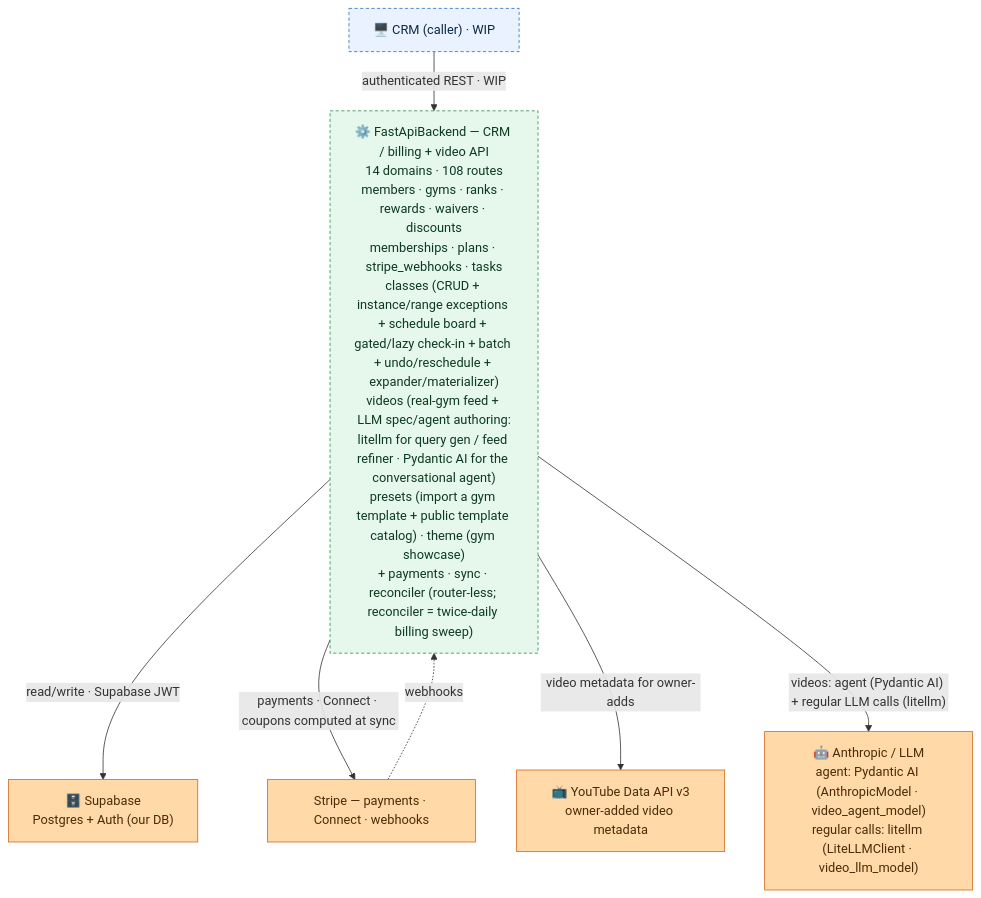
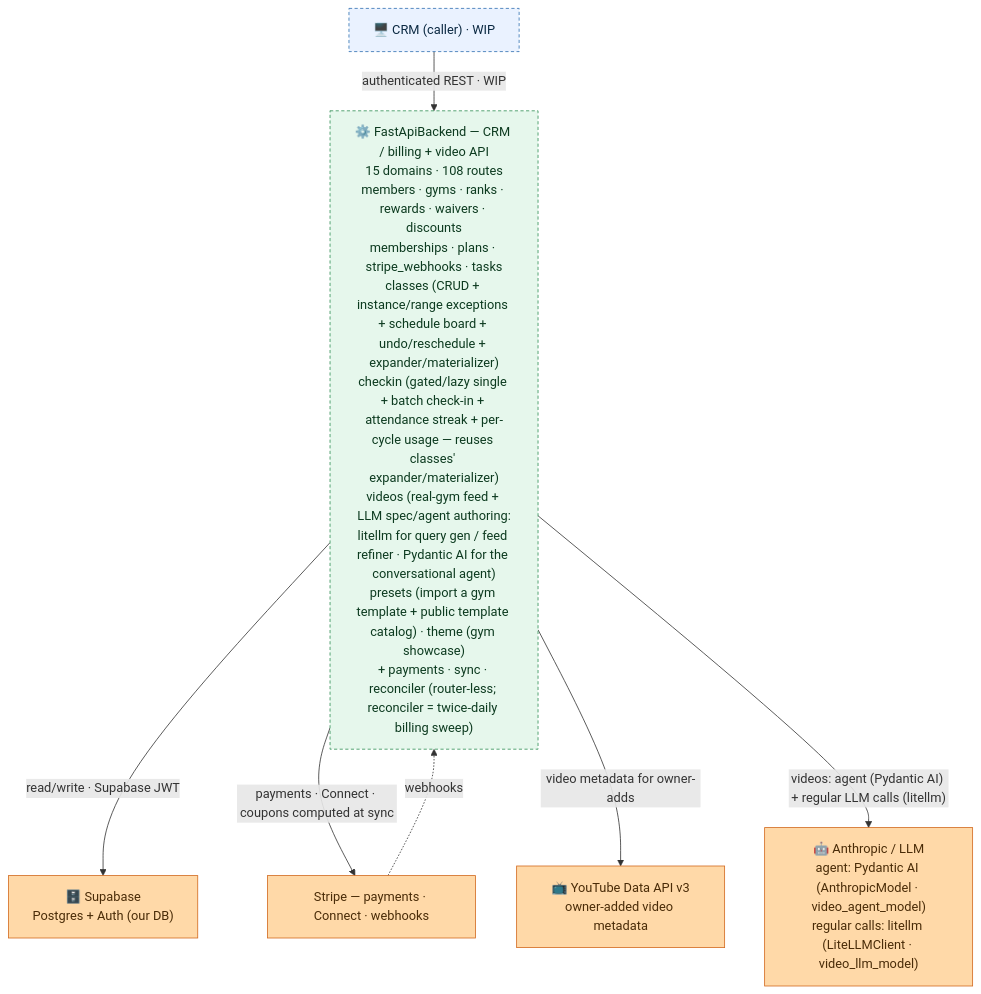
Before and after one commit to jesse51002/CombatDen: the diagram in FastApiBackend/README.md, drawn with Mermaid. The commit also changed other lines of this file and 34 other files, not shown here.

First line of the commit message:
Extract src/checkin domain from src/classes (/api/v1/checkin routes)

````diff
--- a/FastApiBackend/README.md
+++ b/FastApiBackend/README.md
@@ -16,23 +16,23 @@
 ```mermaid
 flowchart TB
   CRM["🖥️ CRM (caller) · WIP"]
-  FB["⚙️ FastApiBackend — CRM / billing + video API<br/>14 domains · 108 routes<br/>members · gyms · ranks · rewards · waivers · discounts<br/>memberships · plans · stripe_webhooks · tasks<br/>classes (CRUD + instance/range exceptions + schedule board + gated/lazy check-in + batch + undo/reschedule + expander/materializer)<br/>videos (real-gym feed + LLM spec/agent authoring:<br/>litellm for query gen / feed refiner · Pydantic AI for the conversational agent)<br/>presets (import a gym template + public template catalog) · theme (gym showcase)<br/>+ payments · sync · reconciler (router-less; reconciler = twice-daily billing sweep)"]
+  FB["⚙️ FastApiBackend — CRM / billing + video API<br/>15 domains · 108 routes<br/>members · gyms · ranks · rewards · waivers · discounts<br/>memberships · plans · stripe_webhooks · tasks<br/>classes (CRUD + instance/range exceptions + schedule board + undo/reschedule + expander/materializer)<br/>checkin (gated/lazy single + batch check-in + attendance streak + per-cycle usage — reuses classes' expander/materializer)<br/>videos (real-gym feed + LLM spec/agent authoring:<br/>litellm for query gen / feed refiner · Pydantic AI for the conversational agent)<br/>presets (import a gym template + public template catalog) · theme (gym showcase)<br/>+ payments · sync · reconciler (router-less; reconciler = twice-daily billing sweep)"]
   Supabase["🗄️ Supabase<br/>Postgres + Auth (our DB)"]
   Stripe["Stripe — payments · Connect · webhooks"]
   YouTube["📺 YouTube Data API v3<br/>owner-added video metadata"]
   LLMProvider["🤖 Anthropic / LLM<br/>agent: Pydantic AI (AnthropicModel · video_agent_model)<br/>regular calls: litellm (LiteLLMClient · video_llm_model)"]
   CRM -->|"authenticated REST · WIP"| FB
   FB -->|"read/write · Supabase JWT"| Supabase
   FB -->|"payments · Connect · coupons computed at sync"| Stripe
   Stripe -.->|"webhooks"| FB
   FB -->|"video metadata for owner-adds"| YouTube
   FB -->|"videos: agent (Pydantic AI) + regular LLM calls (litellm)"| LLMProvider
   classDef client fill:#eaf2ff,stroke:#2f6fb0,color:#0b2942;
   classDef svc fill:#e6f7ec,stroke:#2f8f53,color:#0c3a1f;
   classDef ext fill:#ffd9a8,stroke:#d2691e,color:#4a2c08;
   class CRM client;
   class FB svc;
   class Supabase,Stripe,YouTube,LLMProvider ext;
   style CRM stroke-dasharray:4 3;
   style FB stroke-dasharray:4 3;
 ```
````
